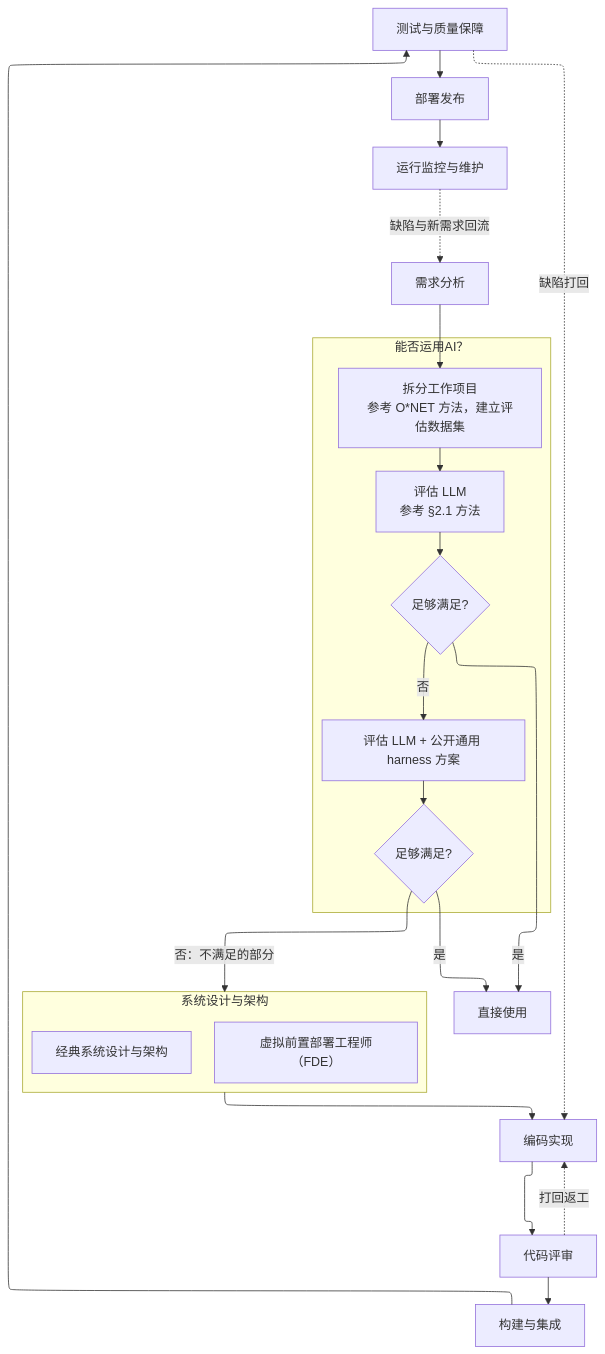
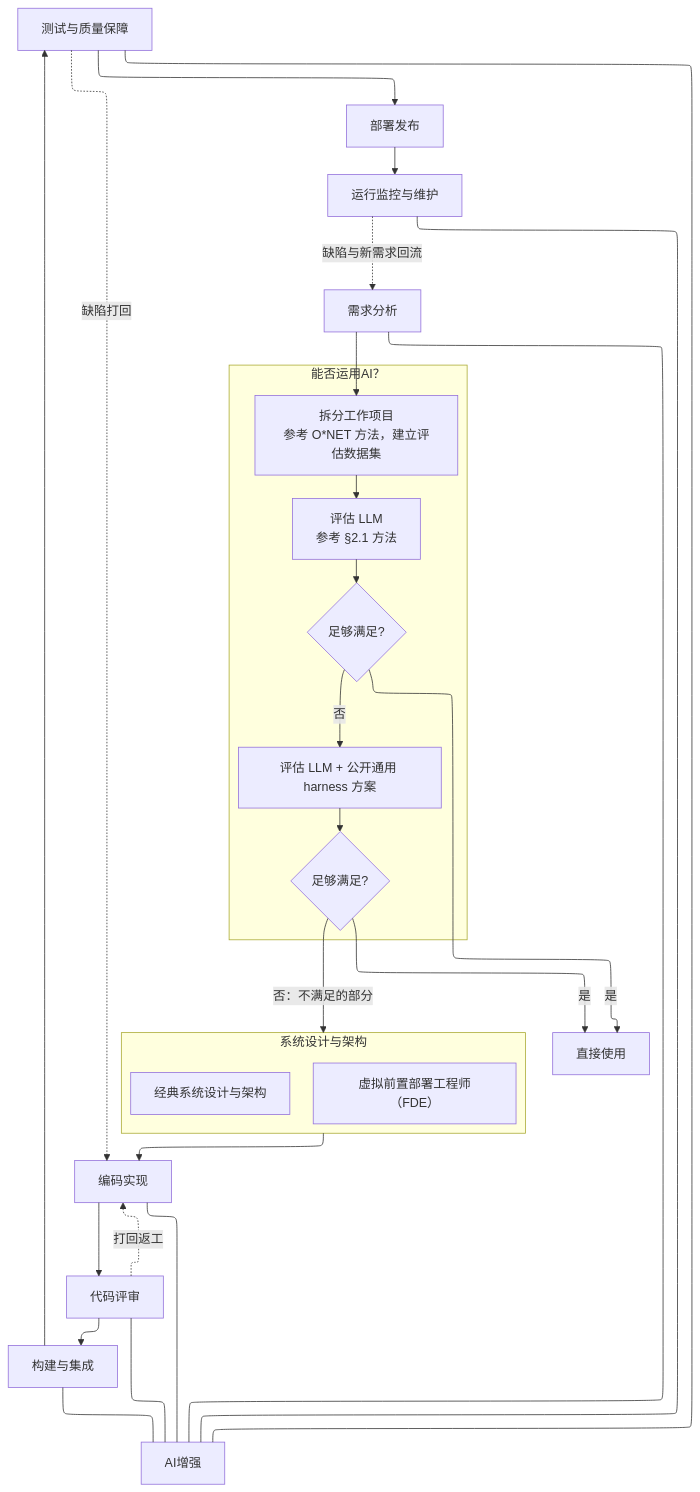
Before and after one commit to AI-LLM/Controversy: the second of 2 diagrams in chat/AIKnowledgeLabor.md, drawn with Mermaid. The commit also changed 2 other files, not shown here.

Commit message:
需求分析，编码实现，代码评审，构建与集成，运行监控与维护，测试与质量保障全都连一条线到 AI增强 节点

````diff
--- a/chat/AIKnowledgeLabor.md
+++ b/chat/AIKnowledgeLabor.md
@@ -628,32 +628,38 @@
 ```mermaid
 ---
 config:
   layout: elk
 ---
 graph TD
     R[需求分析] --> A1
     subgraph SP [能否运用AI？]
         direction TB
         A1[拆分工作项目<br/>参考 O*NET 方法，建立评估数据集] --> A2[评估 LLM<br/>参考 §2.1 方法]
         A2 --> Q1{足够满足?}
         Q1 -- 否 --> A3[评估 LLM + 公开通用 harness 方案]
         A3 --> Q2{足够满足?}
     end
     Q1 -- 是 --> U[直接使用]
     Q2 -- 是 --> U
     subgraph D [系统设计与架构]
         direction TB
         D1[经典系统设计与架构]
         D2[虚拟前置部署工程师（FDE）]
     end
     Q2 -- 否：不满足的部分 --> D
     D --> C[编码实现]
     C --> CR[代码评审]
     CR --> IG[构建与集成]
     IG --> T[测试与质量保障]
     T --> DP[部署发布]
     DP --> MO[运行监控与维护]
     CR -. 打回返工 .-> C
     T -. 缺陷打回 .-> C
     MO -. 缺陷与新需求回流 .-> R
+    R --- AIE[AI增强]
+    C --- AIE
+    CR --- AIE
+    IG --- AIE
+    T --- AIE
+    MO --- AIE
 ```
````
